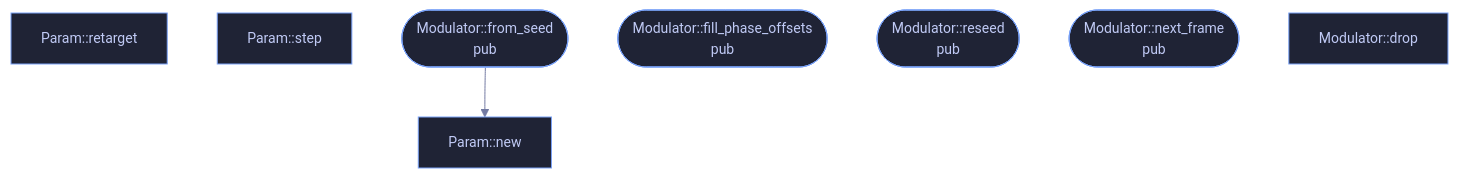
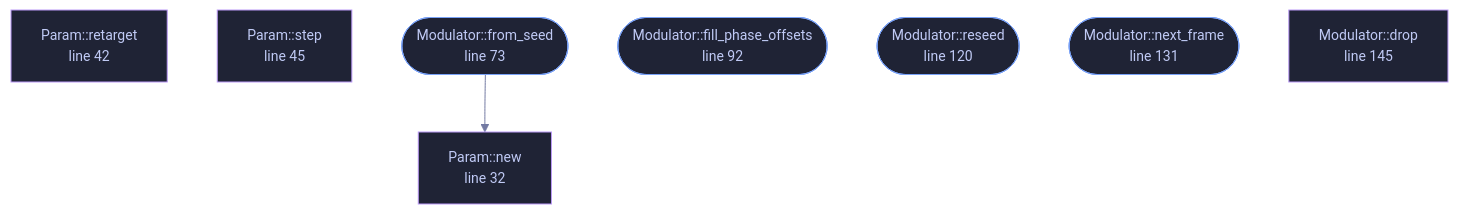
The diagram in docs/files/veilvoice-core/modulation.md (tilas01/veilvoice), drawn with Mermaid before and after one commit. The commit also changed other lines of this file and 182 other files, not shown here.

````diff
--- a/docs/files/veilvoice-core/modulation.md
+++ b/docs/files/veilvoice-core/modulation.md
@@ -43,13 +64,17 @@
 ```mermaid
 %%{init: {"theme":"base","themeVariables":{"background":"#1a1b26","primaryColor":"#1f2335","primaryTextColor":"#c0caf5","primaryBorderColor":"#7aa2f7","secondaryColor":"#16161e","tertiaryColor":"#16161e","lineColor":"#737aa2","textColor":"#c0caf5","mainBkg":"#1f2335","nodeBorder":"#7aa2f7","clusterBkg":"#16161e","clusterBorder":"#2f3549","fontFamily":"ui-monospace, SFMono-Regular, Consolas, monospace","fontSize":"14px"}}}%%
 flowchart TD
-    n_new["Param::new"]
-    n_retarget["Param::retarget"]
-    n_step["Param::step"]
-    n_from_seed(["Modulator::from_seed<br/>pub"])
-    n_fill_phase_offsets(["Modulator::fill_phase_offsets<br/>pub"])
-    n_reseed(["Modulator::reseed<br/>pub"])
-    n_next_frame(["Modulator::next_frame<br/>pub"])
-    n_drop["Modulator::drop"]
+    n_new["Param::new<br/>line 32"]
+    n_retarget["Param::retarget<br/>line 42"]
+    n_step["Param::step<br/>line 45"]
+    n_from_seed(["Modulator::from_seed<br/>line 73"])
+    n_fill_phase_offsets(["Modulator::fill_phase_offsets<br/>line 92"])
+    n_reseed(["Modulator::reseed<br/>line 120"])
+    n_next_frame(["Modulator::next_frame<br/>line 131"])
+    n_drop["Modulator::drop<br/>line 145"]
     n_from_seed --> n_new
+    classDef entry fill:#1f2335,stroke:#7aa2f7,color:#c0caf5
+    class n_from_seed,n_fill_phase_offsets,n_reseed,n_next_frame entry
+    classDef helper fill:#1f2335,stroke:#bb9af7,color:#c0caf5
+    class n_new,n_retarget,n_step,n_drop helper
 ```
````
